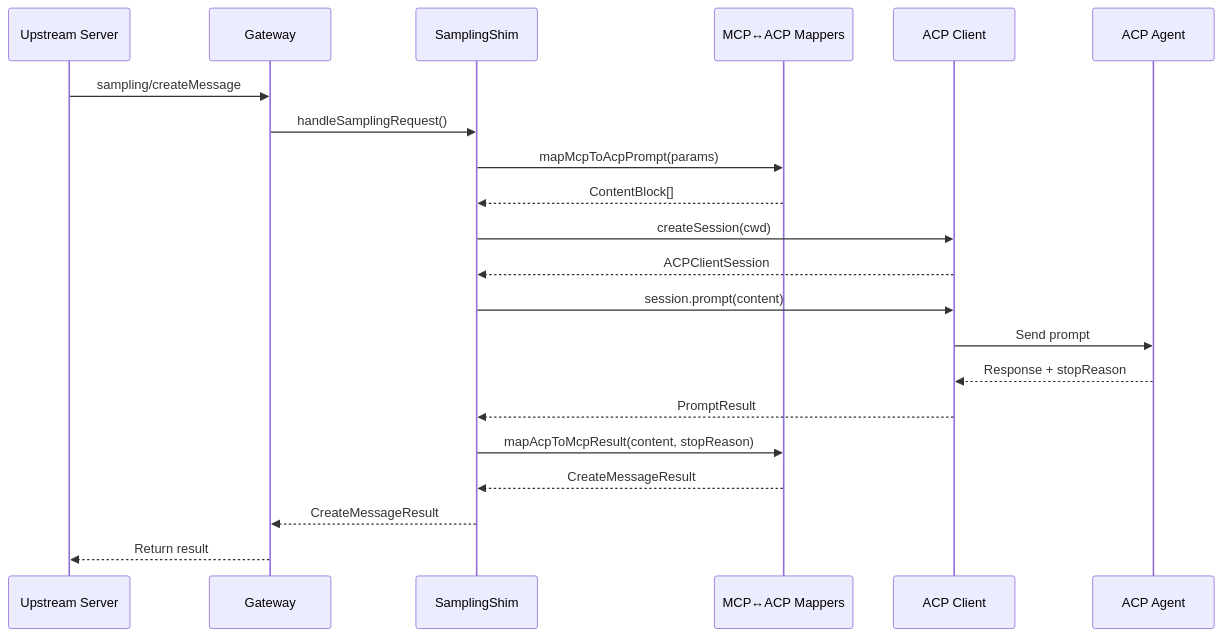
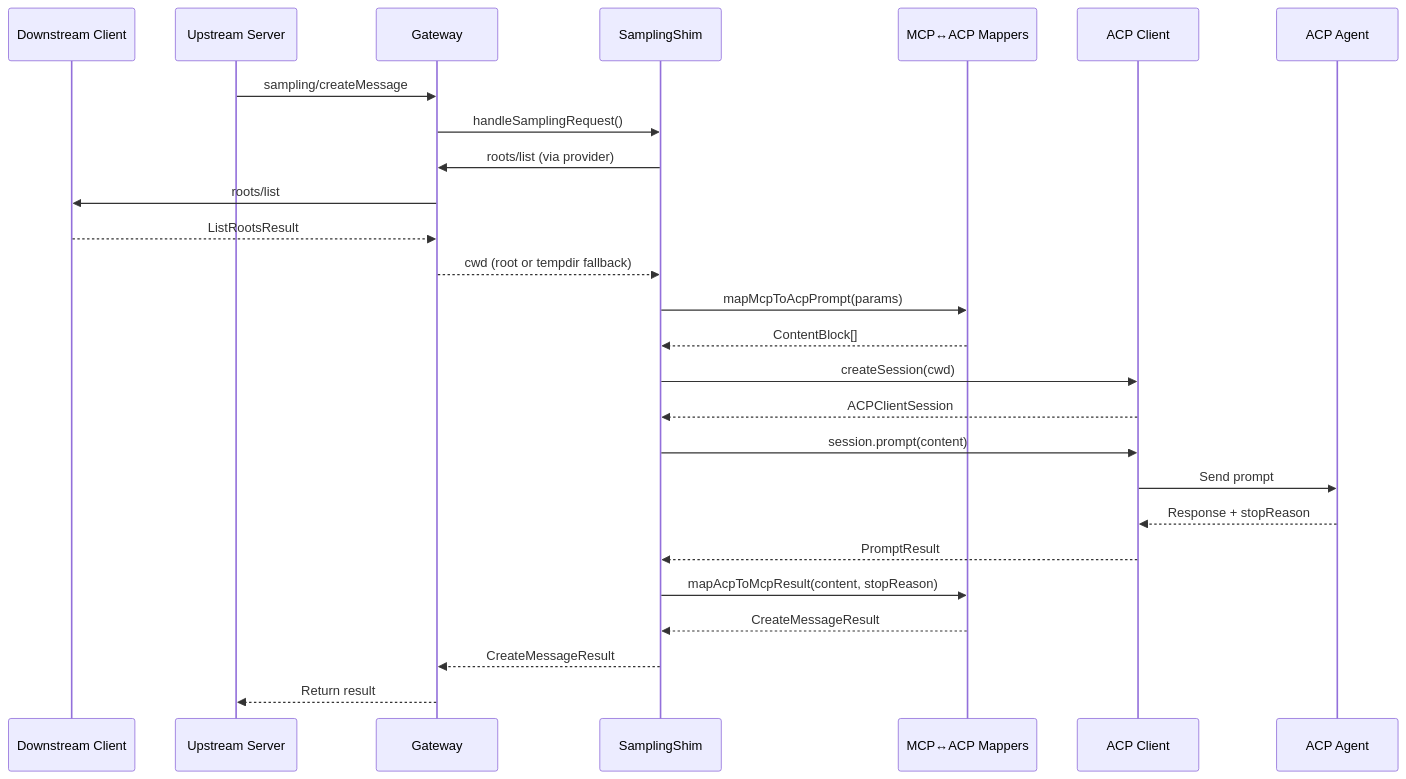
Before and after one commit to karashiiro/my-cool-proxy: the sixth of 10 diagrams in docs/design/sampling.md, drawn with Mermaid. The commit also changed other lines of this file and 1 other file, not shown here.

Commit message:
docs: update docs for roots support

````diff
--- a/docs/design/sampling.md
+++ b/docs/design/sampling.md
@@ -170,29 +170,35 @@
 ```mermaid
 sequenceDiagram
+    participant Downstream as Downstream Client
     participant Upstream as Upstream Server
     participant Gateway as Gateway
     participant Shim as SamplingShim
     participant Mapper as MCP↔ACP Mappers
     participant ACP as ACP Client
     participant Agent as ACP Agent
 
     Upstream->>Gateway: sampling/createMessage
     Gateway->>Shim: handleSamplingRequest()
+
+    Shim->>Gateway: roots/list (via provider)
+    Gateway->>Downstream: roots/list
+    Downstream-->>Gateway: ListRootsResult
+    Gateway-->>Shim: cwd (root or tempdir fallback)
 
     Shim->>Mapper: mapMcpToAcpPrompt(params)
     Mapper-->>Shim: ContentBlock[]
 
     Shim->>ACP: createSession(cwd)
     ACP-->>Shim: ACPClientSession
 
     Shim->>ACP: session.prompt(content)
     ACP->>Agent: Send prompt
     Agent-->>ACP: Response + stopReason
     ACP-->>Shim: PromptResult
 
     Shim->>Mapper: mapAcpToMcpResult(content, stopReason)
     Mapper-->>Shim: CreateMessageResult
 
     Shim-->>Gateway: CreateMessageResult
     Gateway-->>Upstream: Return result
 ```
````
